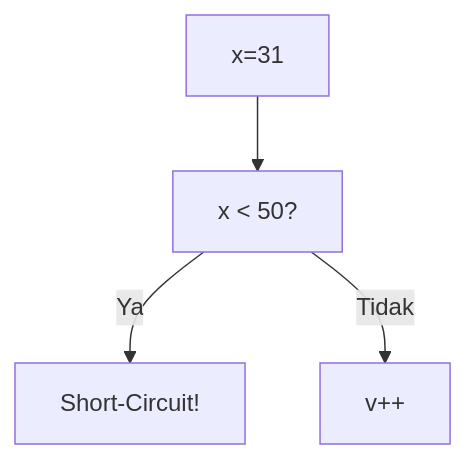
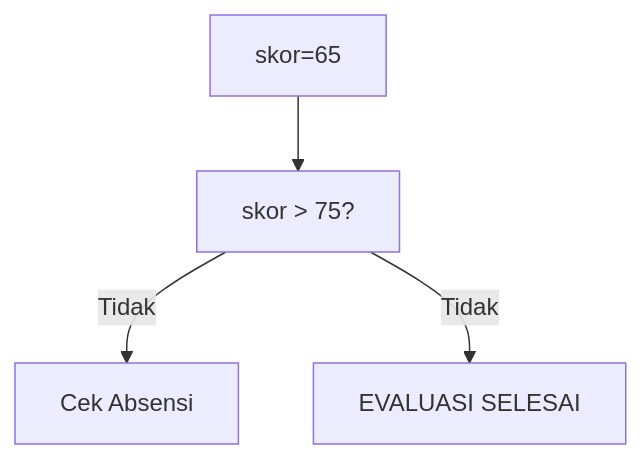
One commit to amnahwaida/OSNK_INF_PREP changed the eighth of 25 diagrams in part-c-pemahaman-cpp/02-percabangan/latihan/set-09.md. Above: the diagram before and after it, drawn with Mermaid. The commit also changed other lines of this file and 71 other files, not shown here.

````diff
--- a/part-c-pemahaman-cpp/02-percabangan/latihan/set-09.md
+++ b/part-c-pemahaman-cpp/02-percabangan/latihan/set-09.md
@@ -218,6 +229,6 @@
 ```mermaid
 graph TD
-A["x=31"] --> B["x < 50?"]
-B -- Ya --> C["Short-Circuit!"]
-B -- Tidak --> D["v++"]
+A["skor=65"] --> B["skor > 75?"]
+B -- Tidak --> C["Cek Absensi"]
+B -- Tidak --> D["EVALUASI SELESAI"]
 ```
````
